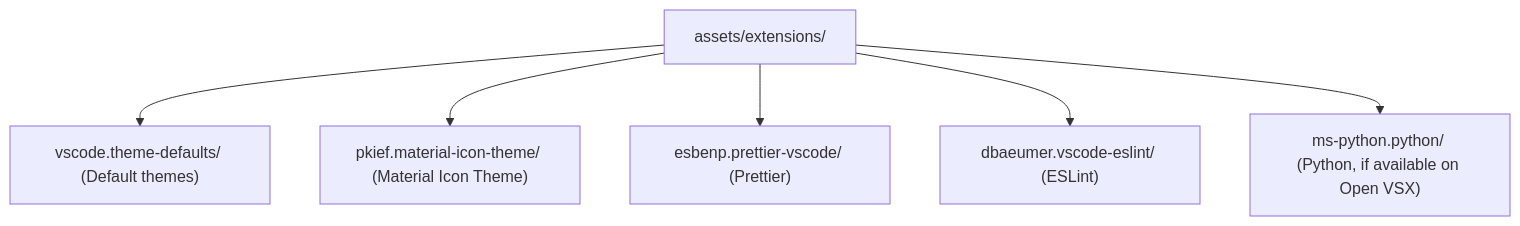
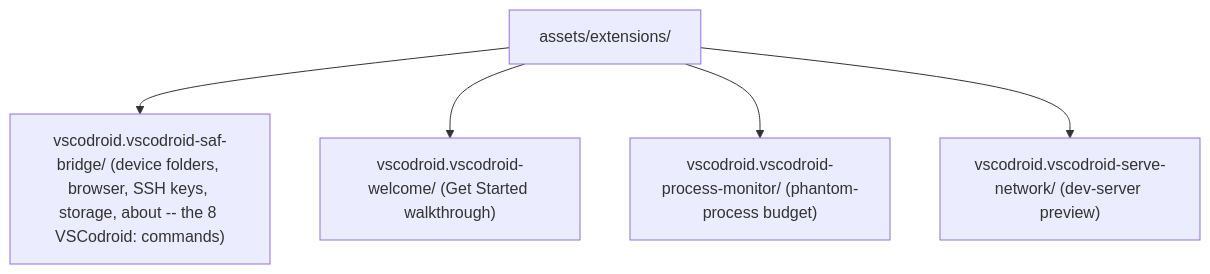
The third of 3 diagrams in docs/05-API_SPEC.md (rmyndharis/VSCodroid), drawn with Mermaid before and after one commit. The commit also changed other lines of this file, not shown here.

````diff
--- a/docs/05-API_SPEC.md
+++ b/docs/05-API_SPEC.md
@@ -616,8 +676,7 @@
 ```mermaid
 flowchart TD
-  ROOT["assets/extensions/"] --> E1["vscode.theme-defaults/ (Default themes)"]
-  ROOT --> E2["pkief.material-icon-theme/ (Material Icon Theme)"]
-  ROOT --> E3["esbenp.prettier-vscode/ (Prettier)"]
-  ROOT --> E4["dbaeumer.vscode-eslint/ (ESLint)"]
-  ROOT --> E5["ms-python.python/ (Python, if available on Open VSX)"]
+  ROOT["assets/extensions/"] --> E1["vscodroid.vscodroid-saf-bridge/ (device folders, browser, SSH keys, storage, about -- the 8 VSCodroid: commands)"]
+  ROOT --> E2["vscodroid.vscodroid-welcome/ (Get Started walkthrough)"]
+  ROOT --> E3["vscodroid.vscodroid-process-monitor/ (phantom-process budget)"]
+  ROOT --> E4["vscodroid.vscodroid-serve-network/ (dev-server preview)"]
 ```
````
